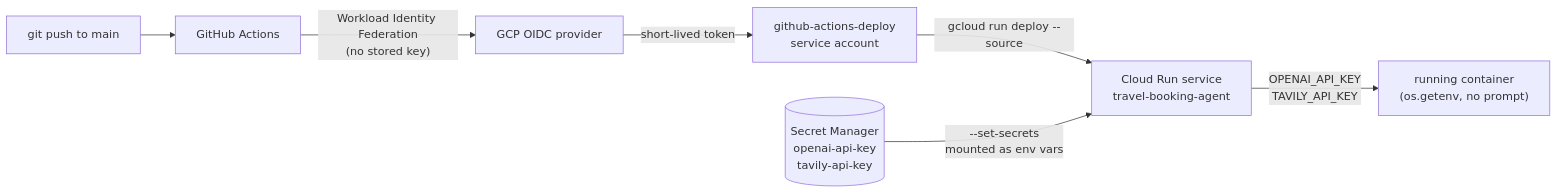
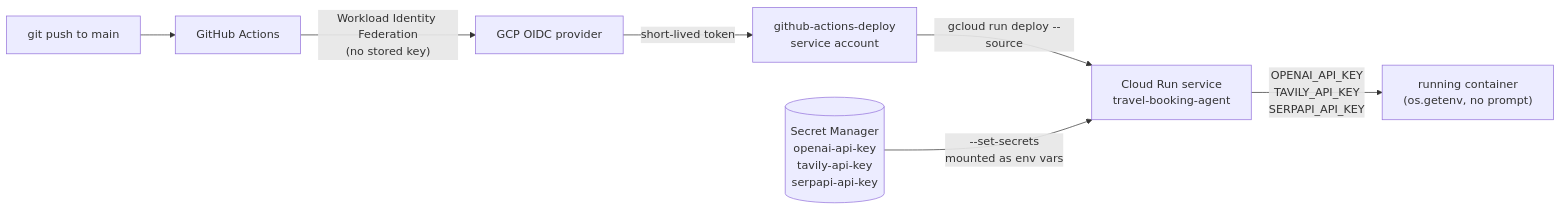
One commit to ladparag100/AI-Projects changed the second of 2 diagrams in 4-Travel-Booking-AI-Agent/README.md. Above: the diagram before and after it, drawn with Mermaid. The commit also changed other lines of this file and 4 other files, not shown here.

````diff
--- a/4-Travel-Booking-AI-Agent/README.md
+++ b/4-Travel-Booking-AI-Agent/README.md
@@ -59,9 +70,9 @@
 ```mermaid
 graph LR
     Dev["git push to main"] --> GHA["GitHub Actions"]
     GHA -->|"Workload Identity Federation<br/>(no stored key)"| WIF["GCP OIDC provider"]
     WIF -->|"short-lived token"| SA["github-actions-deploy<br/>service account"]
     SA -->|"gcloud run deploy --source"| CR["Cloud Run service<br/>travel-booking-agent"]
-    SM[("Secret Manager<br/>openai-api-key<br/>tavily-api-key")] -->|"--set-secrets<br/>mounted as env vars"| CR
-    CR -->|"OPENAI_API_KEY<br/>TAVILY_API_KEY"| App2["running container<br/>(os.getenv, no prompt)"]
+    SM[("Secret Manager<br/>openai-api-key<br/>tavily-api-key<br/>serpapi-api-key")] -->|"--set-secrets<br/>mounted as env vars"| CR
+    CR -->|"OPENAI_API_KEY<br/>TAVILY_API_KEY<br/>SERPAPI_API_KEY"| App2["running container<br/>(os.getenv, no prompt)"]
 ```
````
